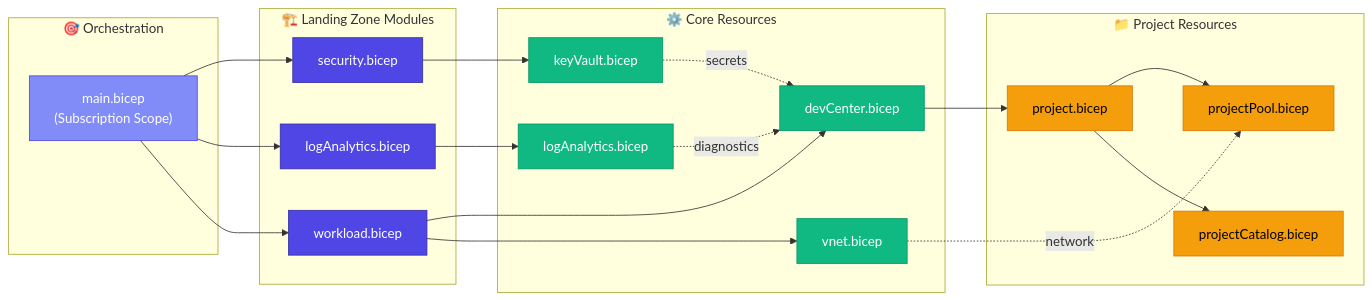
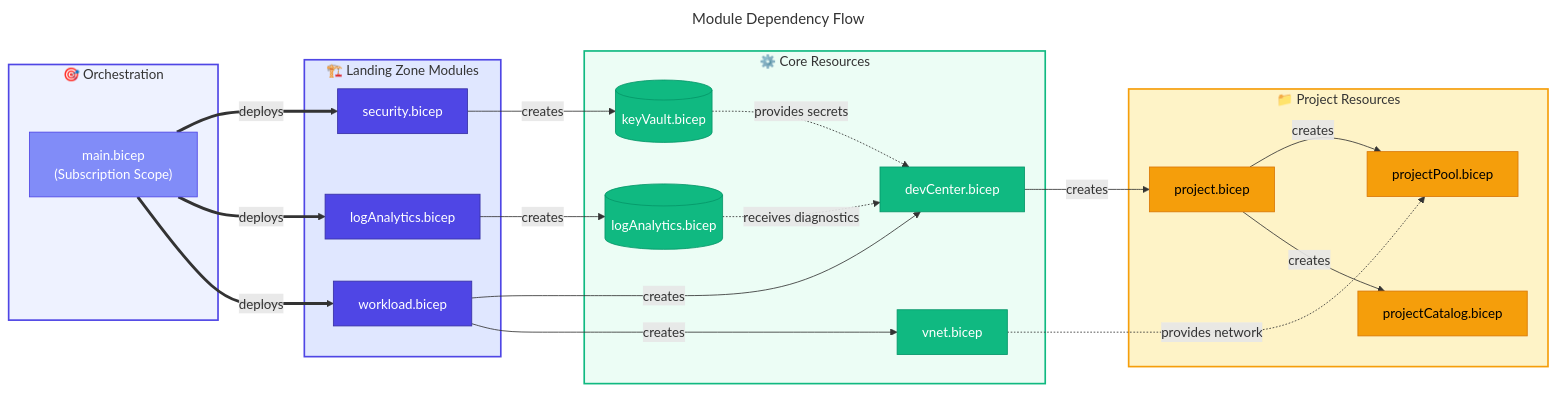
The second of 3 diagrams in README.md (Evilazaro/DevExp-DevBox), drawn with Mermaid before and after one commit. The commit also changed other lines of this file, not shown here.

Commit message:
docs: enhance architecture documentation with detailed flowcharts for high-level architecture, module dependencies, and CI/CD pipeline

````diff
--- a/README.md
+++ b/README.md
@@ -179,46 +200,63 @@
 ```mermaid
+---
+title: Module Dependency Flow
+---
 flowchart LR
+    %% ===== ORCHESTRATION LAYER =====
     subgraph Orchestration["🎯 Orchestration"]
         MAIN["main.bicep<br/>(Subscription Scope)"]
     end
     
+    %% ===== LANDING ZONE MODULES =====
     subgraph LandingZones["🏗️ Landing Zone Modules"]
         SEC["security.bicep"]
         MON["logAnalytics.bicep"]
         WL["workload.bicep"]
     end
     
+    %% ===== CORE RESOURCES =====
     subgraph CoreResources["⚙️ Core Resources"]
-        KV["keyVault.bicep"]
-        LA["logAnalytics.bicep"]
+        KV[("keyVault.bicep")]
+        LA[("logAnalytics.bicep")]
         DC["devCenter.bicep"]
         VNET["vnet.bicep"]
     end
     
+    %% ===== PROJECT RESOURCES =====
     subgraph ProjectResources["📁 Project Resources"]
         PROJ["project.bicep"]
         POOL["projectPool.bicep"]
         PCAT["projectCatalog.bicep"]
     end
     
-    MAIN --> SEC & MON & WL
-    SEC --> KV
-    MON --> LA
-    WL --> DC & VNET
-    DC --> PROJ
-    PROJ --> POOL & PCAT
+    %% ===== PRIMARY FLOW CONNECTIONS =====
+    MAIN ==>|"deploys"| SEC & MON & WL
+    SEC -->|"creates"| KV
+    MON -->|"creates"| LA
+    WL -->|"creates"| DC & VNET
+    DC -->|"creates"| PROJ
+    PROJ -->|"creates"| POOL & PCAT
     
-    KV -.->|"secrets"| DC
-    LA -.->|"diagnostics"| DC
-    VNET -.->|"network"| POOL
-    
-    classDef orch fill:#818CF8,stroke:#4F46E5,color:#FFFFFF
-    classDef lz fill:#4F46E5,stroke:#3730A3,color:#FFFFFF
-    classDef core fill:#10B981,stroke:#059669,color:#FFFFFF
-    classDef proj fill:#F59E0B,stroke:#D97706,color:#000000
-    
-    class MAIN orch
-    class SEC,MON,WL lz
-    class KV,LA,DC,VNET core
-    class PROJ,POOL,PCAT proj
+    %% ===== DEPENDENCY CONNECTIONS =====
+    KV -.->|"provides secrets"| DC
+    LA -.->|"receives diagnostics"| DC
+    VNET -.->|"provides network"| POOL
+
+    %% ===== NODE STYLES =====
+    classDef trigger fill:#818CF8,stroke:#4F46E5,color:#FFFFFF
+    classDef primary fill:#4F46E5,stroke:#3730A3,color:#FFFFFF
+    classDef secondary fill:#10B981,stroke:#059669,color:#FFFFFF
+    classDef datastore fill:#F59E0B,stroke:#D97706,color:#000000
+
+    %% ===== APPLY NODE CLASSES =====
+    class MAIN trigger
+    class SEC,MON,WL primary
+    class KV,LA,DC,VNET secondary
+    class PROJ,POOL,PCAT datastore
+
+    %% ===== SUBGRAPH STYLES =====
+    style Orchestration fill:#EEF2FF,stroke:#4F46E5,stroke-width:2px
+    style LandingZones fill:#E0E7FF,stroke:#4F46E5,stroke-width:2px
+    style CoreResources fill:#ECFDF5,stroke:#10B981,stroke-width:2px
+    style ProjectResources fill:#FEF3C7,stroke:#F59E0B,stroke-width:2px
 ```
````
